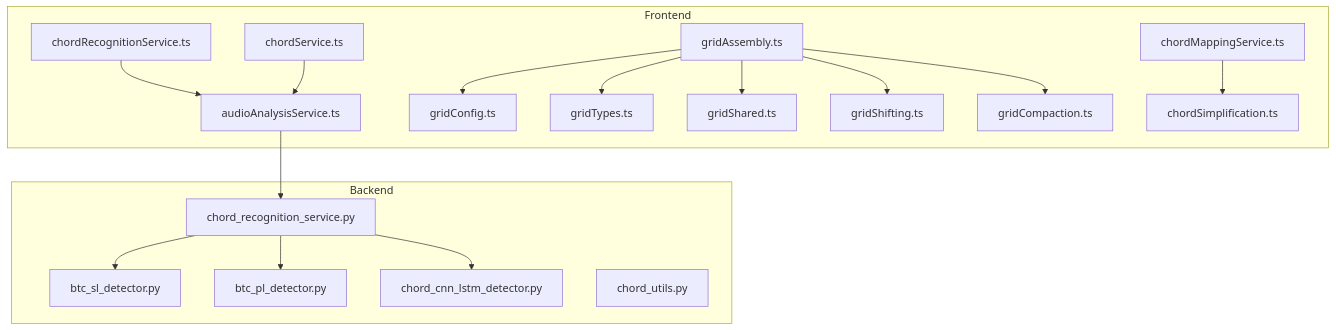
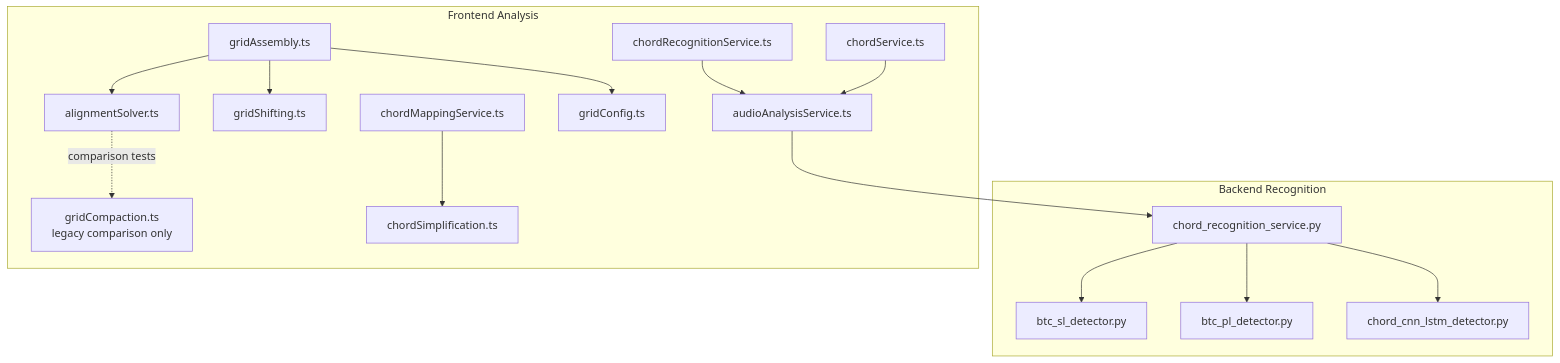
Before and after one commit to ptnghia-j/ChordMiniApp: the first of 3 diagrams in .qoder/repowiki/en/content/Frontend Application/API Integration and Service Layer/Chord Analysis Service.md, drawn with Mermaid. The commit also changed other lines of this file and 18 other files, not shown here.

````diff
--- a/.qoder/repowiki/en/content/Frontend Application/API Integration and Service Layer/Chord Analysis Service.md
+++ b/.qoder/repowiki/en/content/Frontend Application/API Integration and Service Layer/Chord Analysis Service.md
@@ -56,35 +29,32 @@
 ```mermaid
 graph TB
-subgraph "Frontend"
+subgraph "Backend Recognition"
+CR["chord_recognition_service.py"]
+BTC_SL["btc_sl_detector.py"]
+BTC_PL["btc_pl_detector.py"]
+CNN["chord_cnn_lstm_detector.py"]
+end
+subgraph "Frontend Analysis"
 AAS["audioAnalysisService.ts"]
 CRS["chordRecognitionService.ts"]
 CS["chordService.ts"]
 GA["gridAssembly.ts"]
-GC["gridConfig.ts"]
-GT["gridTypes.ts"]
-GS["gridShared.ts"]
-GSh["gridShifting.ts"]
-GCo["gridCompaction.ts"]
-CMS["chordMappingService.ts"]
-CSM["chordSimplification.ts"]
-end
-subgraph "Backend"
-CR["chord_recognition_service.py"]
-BTC_SL["btc_sl_detector.py"]
-BTC_PL["btc_pl_detector.py"]
-CNN_LSTM["chord_cnn_lstm_detector.py"]
-CU["chord_utils.py"]
+SHIFT["gridShifting.ts"]
+SOLVER["alignmentSolver.ts"]
+LEGACY["gridCompaction.ts<br/>legacy comparison only"]
+CFG["gridConfig.ts"]
+MAP["chordMappingService.ts"]
+SIMPLE["chordSimplification.ts"]
 end
 CRS --> AAS
 CS --> AAS
 AAS --> CR
 CR --> BTC_SL
 CR --> BTC_PL
-CR --> CNN_LSTM
-GA --> GC
-GA --> GT
-GA --> GS
-GA --> GSh
-GA --> GCo
-CMS --> CSM
+CR --> CNN
+GA --> SHIFT
+GA --> SOLVER
+SOLVER -. comparison tests .-> LEGACY
+GA --> CFG
+MAP --> SIMPLE
 ```
````
